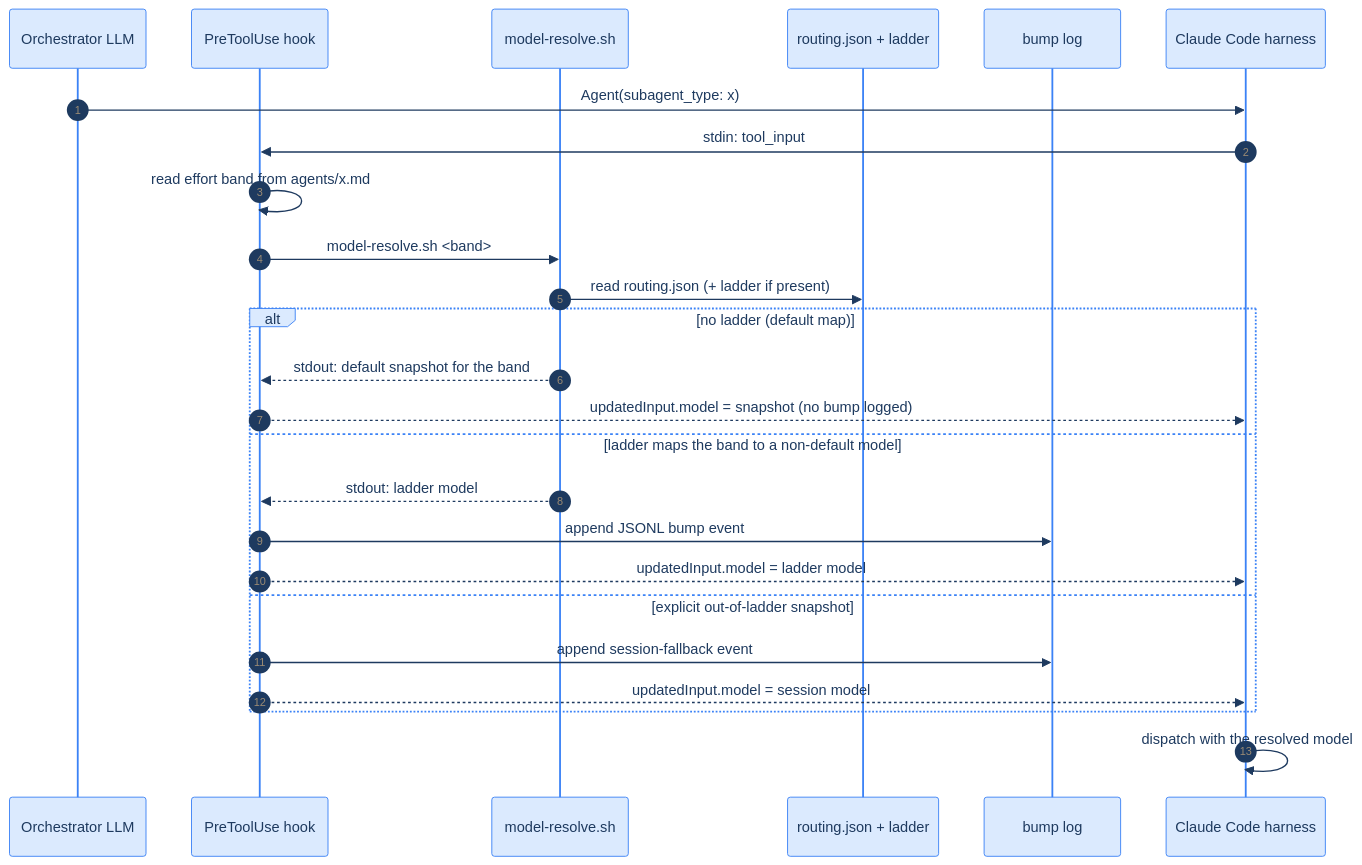
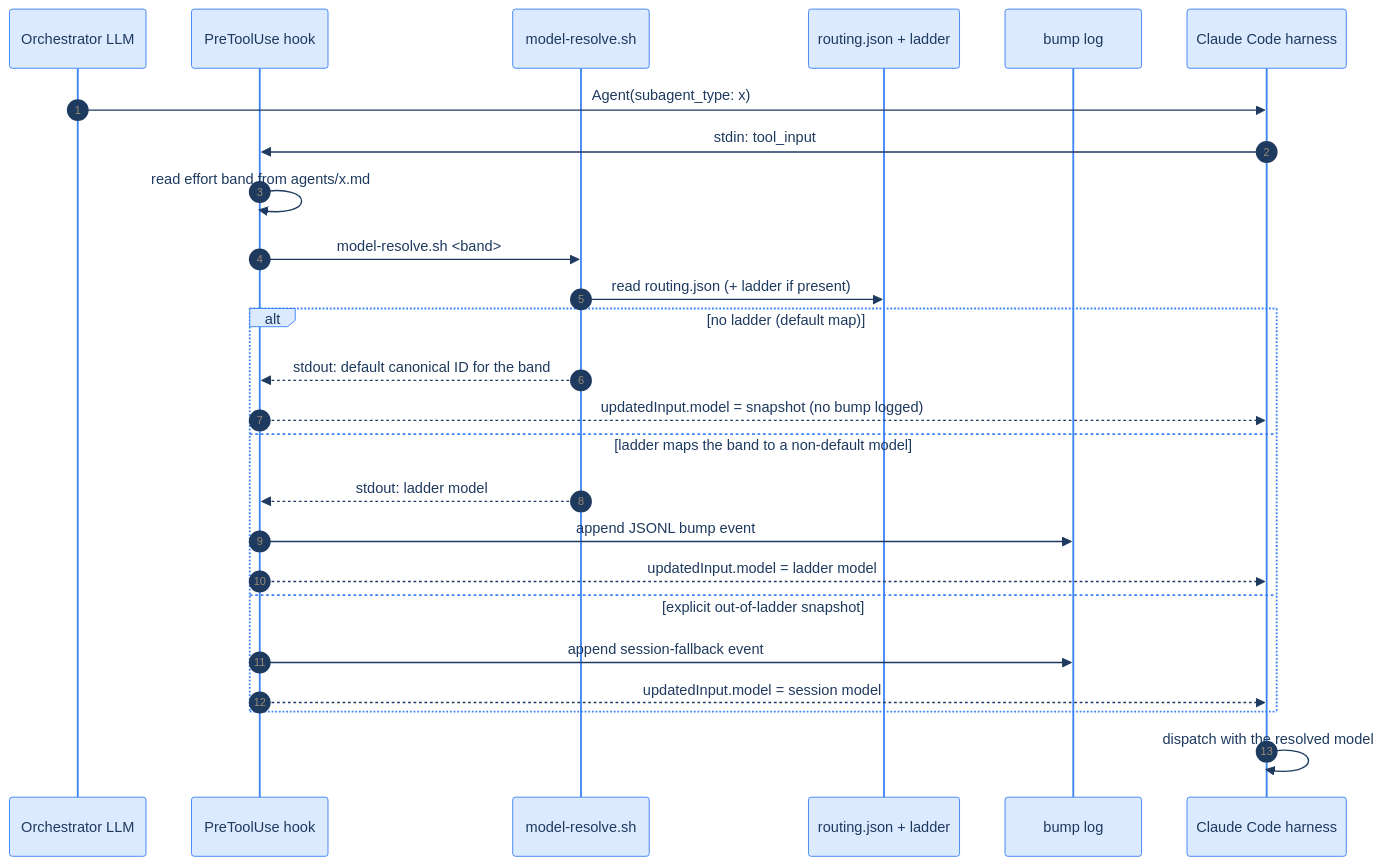
The second of 2 diagrams in plugins/dev-team/docs/model-routing.md (bdfinst/agentic-dev-team), drawn with Mermaid before and after one commit. The commit also changed other lines of this file and 5 other files, not shown here.

````diff
--- a/plugins/dev-team/docs/model-routing.md
+++ b/plugins/dev-team/docs/model-routing.md
@@ -78,29 +78,29 @@
 ```mermaid
 %%{init: {'theme': 'base', 'themeVariables': {'primaryColor': '#dbeafe', 'primaryTextColor': '#1e3a5f', 'primaryBorderColor': '#3b82f6', 'lineColor': '#64748b', 'secondaryColor': '#f1f5f9', 'tertiaryColor': '#e0f2fe', 'background': '#ffffff', 'mainBkg': '#dbeafe', 'nodeBorder': '#2563eb', 'clusterBkg': '#eff6ff', 'clusterBorder': '#bfdbfe', 'titleColor': '#1e3a5f', 'edgeLabelBackground': '#f8fafc'}}}%%
 sequenceDiagram
     autonumber
     participant LLM as Orchestrator LLM
     participant H as PreToolUse hook
     participant R as model-resolve.sh
     participant FS as routing.json + ladder
     participant Log as bump log
     participant CC as Claude Code harness
 
     LLM->>CC: Agent(subagent_type: x)
     CC->>H: stdin: tool_input
     H->>H: read effort band from agents/x.md
     H->>R: model-resolve.sh <band>
     R->>FS: read routing.json (+ ladder if present)
     alt no ladder (default map)
-        R-->>H: stdout: default snapshot for the band
+        R-->>H: stdout: default canonical ID for the band
         H-->>CC: updatedInput.model = snapshot (no bump logged)
     else ladder maps the band to a non-default model
         R-->>H: stdout: ladder model
         H->>Log: append JSONL bump event
         H-->>CC: updatedInput.model = ladder model
     else explicit out-of-ladder snapshot
         H->>Log: append session-fallback event
         H-->>CC: updatedInput.model = session model
     end
     CC->>CC: dispatch with the resolved model
 ```
````
